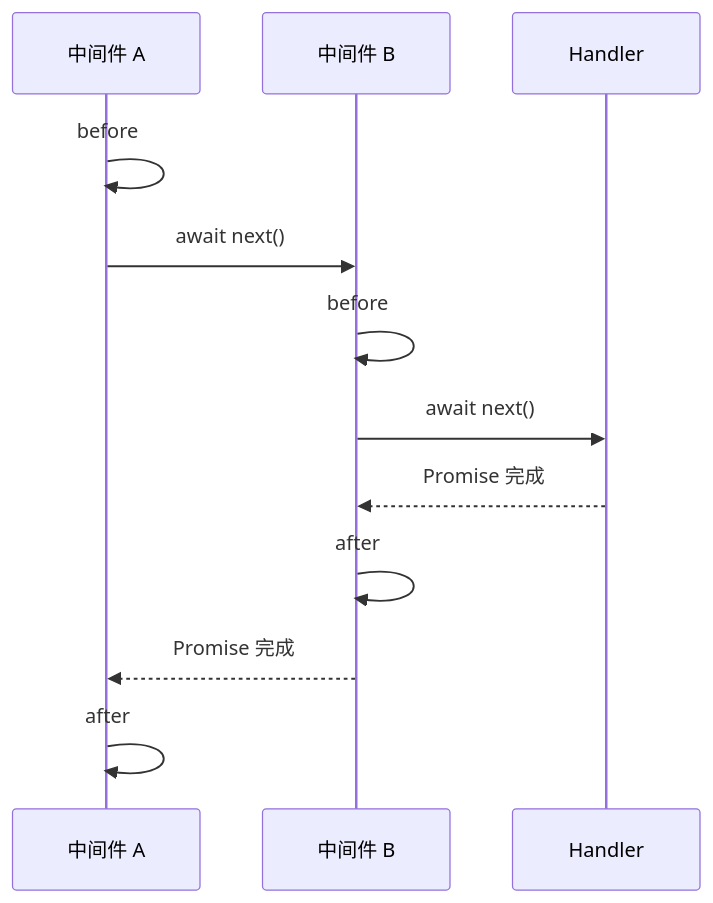
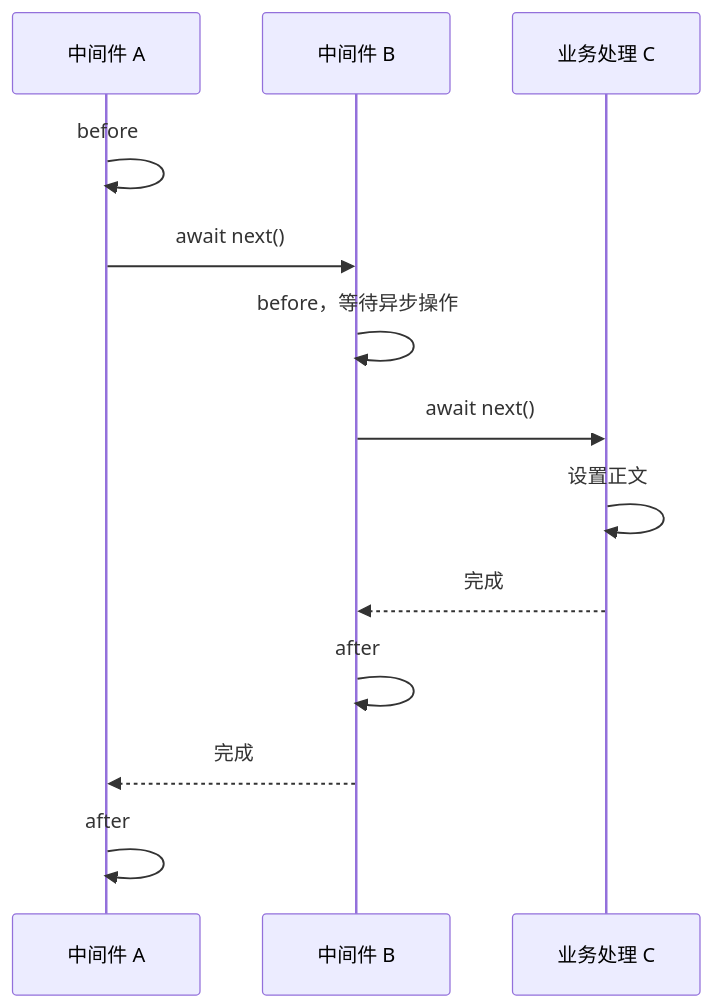
The diagram in docs/backend/node/http-framework/express-vs-koa-middleware.md (zeevenn/notes), drawn with Mermaid before and after one commit. The commit also changed other lines of this file and 4 other files, not shown here.

````diff
--- a/docs/backend/node/http-framework/express-vs-koa-middleware.md
+++ b/docs/backend/node/http-framework/express-vs-koa-middleware.md
@@ -54,15 +204,15 @@
 ```mermaid
 sequenceDiagram
   participant A as 中间件 A
   participant B as 中间件 B
-  participant H as Handler
-
+  participant C as 业务处理 C
   A->>A: before
   A->>B: await next()
-  B->>B: before
-  B->>H: await next()
-  H-->>B: Promise 完成
+  B->>B: before，等待异步操作
+  B->>C: await next()
+  C->>C: 设置正文
+  C-->>B: 完成
   B->>B: after
-  B-->>A: Promise 完成
+  B-->>A: 完成
   A->>A: after
 ```
````
